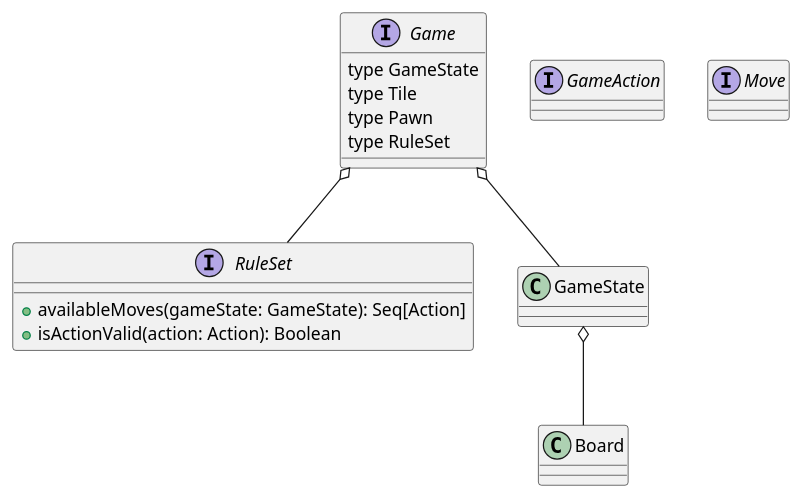
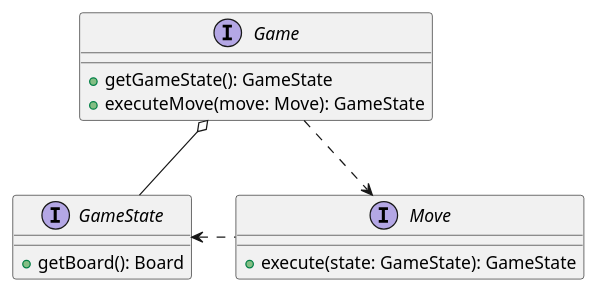
Before and after one commit to francescodente/PPS-19-s-bags: the diagram in doc/modeling/class_diagram_control.plantuml, drawn with PlantUML. The commit also changed 1 other file, not shown here.

Commit message:
docs: fix uml to match first sprint requirements

```diff
--- a/doc/modeling/class_diagram_control.plantuml
+++ b/doc/modeling/class_diagram_control.plantuml
@@ -1,28 +1,21 @@
 @startuml sbags-class
 
 interface Game {
-    type GameState
-    type Tile
-    type Pawn
-    type RuleSet
-}
-
-interface RuleSet {
-    +availableMoves(gameState: GameState): Seq[Action]
-    +isActionValid(action: Action): Boolean
-}
-
-interface GameAction {
-
+    +getGameState(): GameState
+    +executeMove(move: Move): GameState
 }
 
 interface Move {
-    
+    +execute(state: GameState): GameState
 }
 
-GameState o-- Board
+interface GameState {
+    +getBoard(): Board
+}
+
+GameState <.right. Move
+Game ..> Move
 Game o-- GameState
-Game o-- RuleSet
 
 
 @enduml
```
